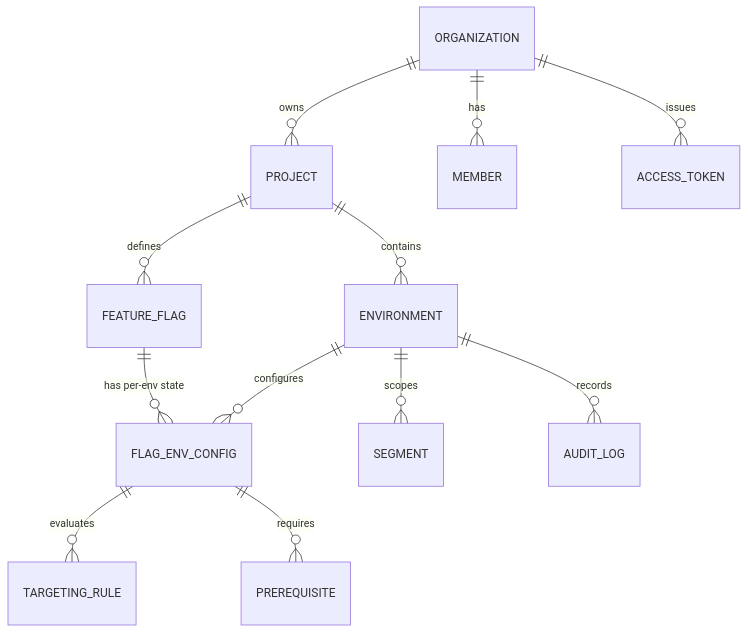
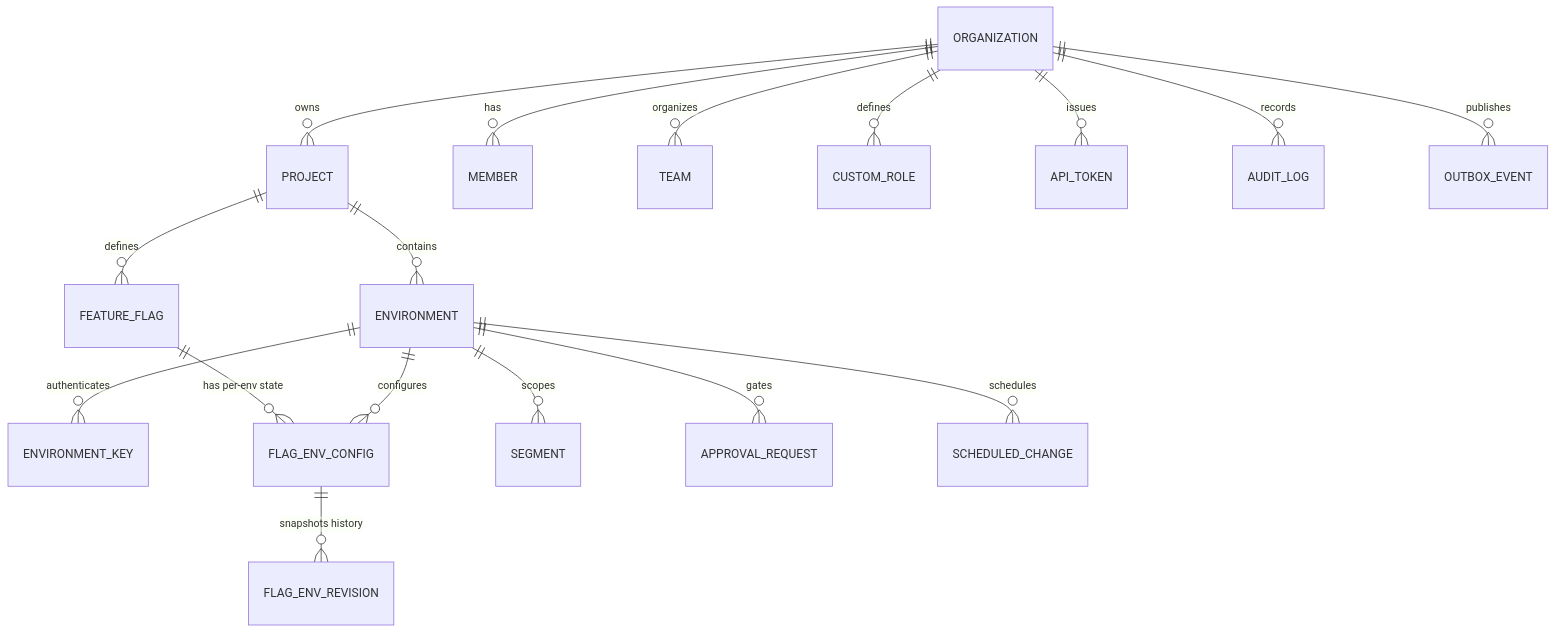
Before and after one commit to sabiehahmed/skotos: the diagram in design/domain-model.md, drawn with Mermaid. The commit also changed other lines of this file and 19 other files, not shown here.

Commit message:
docs: finalize architecture ADRs 0001-0006 and Phase 1-6 implementation plan

````diff
--- a/design/domain-model.md
+++ b/design/domain-model.md
@@ -5,14 +7,19 @@
 ```mermaid
 erDiagram
     ORGANIZATION ||--o{ PROJECT : owns
     ORGANIZATION ||--o{ MEMBER : has
-    ORGANIZATION ||--o{ ACCESS_TOKEN : issues
+    ORGANIZATION ||--o{ TEAM : organizes
+    ORGANIZATION ||--o{ CUSTOM_ROLE : defines
+    ORGANIZATION ||--o{ API_TOKEN : issues
     PROJECT ||--o{ ENVIRONMENT : contains
     PROJECT ||--o{ FEATURE_FLAG : defines
+    ENVIRONMENT ||--o{ ENVIRONMENT_KEY : authenticates
     ENVIRONMENT ||--o{ FLAG_ENV_CONFIG : configures
     FEATURE_FLAG ||--o{ FLAG_ENV_CONFIG : "has per-env state"
+    FLAG_ENV_CONFIG ||--o{ FLAG_ENV_REVISION : "snapshots history"
     ENVIRONMENT ||--o{ SEGMENT : scopes
-    ENVIRONMENT ||--o{ AUDIT_LOG : records
-    FLAG_ENV_CONFIG ||--o{ TARGETING_RULE : evaluates
-    FLAG_ENV_CONFIG ||--o{ PREREQUISITE : requires
+    ENVIRONMENT ||--o{ APPROVAL_REQUEST : gates
+    ENVIRONMENT ||--o{ SCHEDULED_CHANGE : schedules
+    ORGANIZATION ||--o{ AUDIT_LOG : records
+    ORGANIZATION ||--o{ OUTBOX_EVENT : publishes
 ```
````
